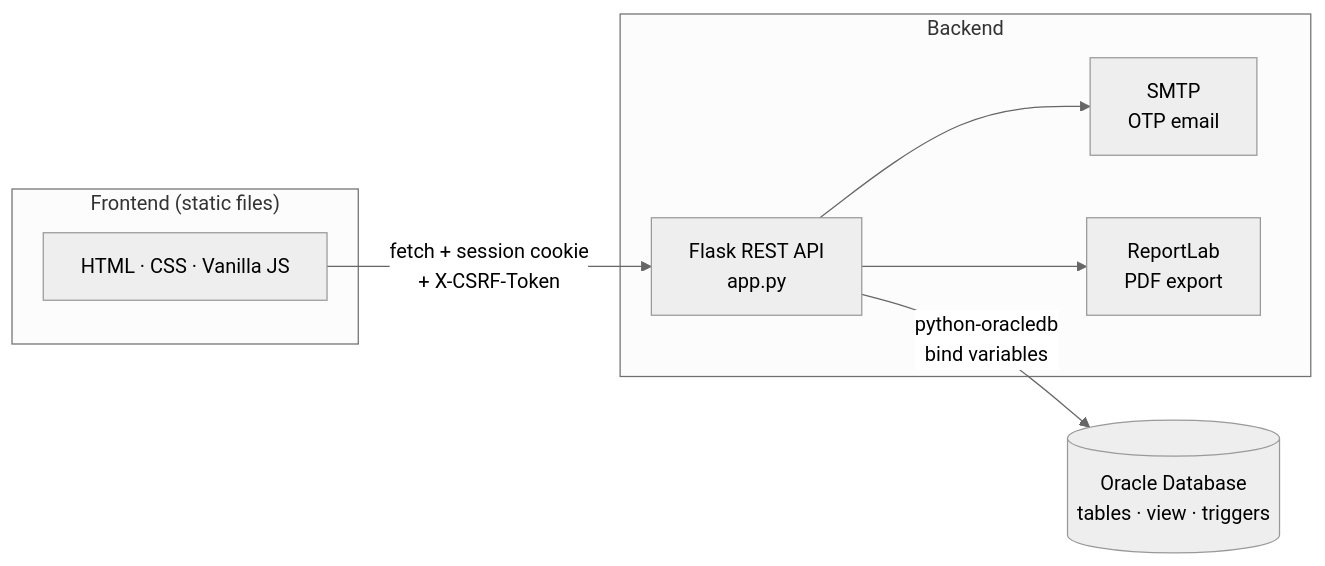
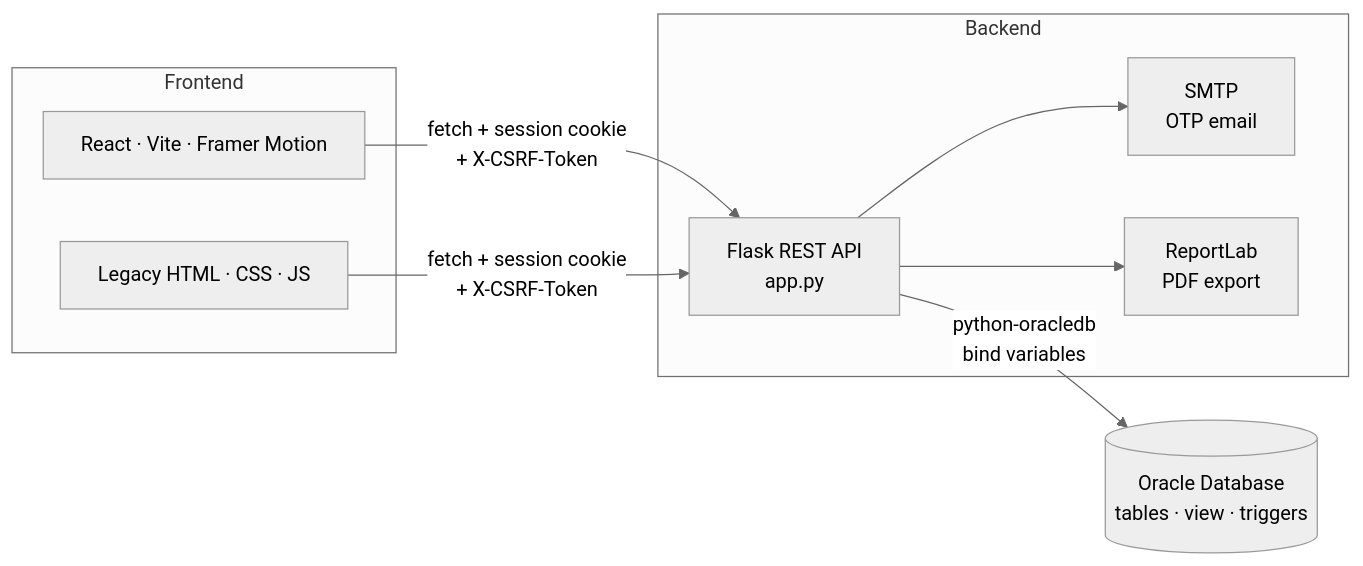
One commit to VarunGupta2811/VoteCore changed the first of 4 diagrams in README.md. Above: the diagram before and after it, drawn with Mermaid (neutral theme). The commit also changed other lines of this file and 14 other files, not shown here.

Commit message:
Add React and Vite Frontend

````diff
--- a/README.md
+++ b/README.md
@@ -72,17 +76,19 @@
 ```mermaid
 flowchart LR
-    subgraph Client["Frontend (static files)"]
-        UI["HTML · CSS · Vanilla JS"]
+    subgraph Client["Frontend"]
+        UI["React · Vite · Framer Motion"]
+        Legacy["Legacy HTML · CSS · JS"]
     end
     subgraph Server["Backend"]
         API["Flask REST API<br/>app.py"]
         MAIL["SMTP<br/>OTP email"]
         PDF["ReportLab<br/>PDF export"]
     end
     DB[("Oracle Database<br/>tables · view · triggers")]
 
     UI -- "fetch + session cookie<br/>+ X-CSRF-Token" --> API
+    Legacy -- "fetch + session cookie<br/>+ X-CSRF-Token" --> API
     API -- "python-oracledb<br/>bind variables" --> DB
     API --> MAIL
     API --> PDF
 ```
````
